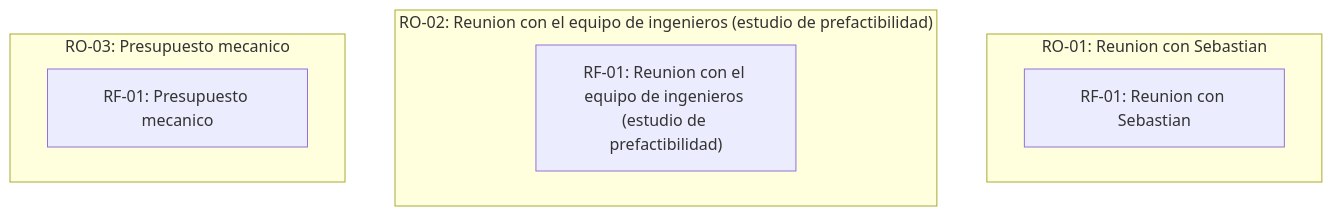
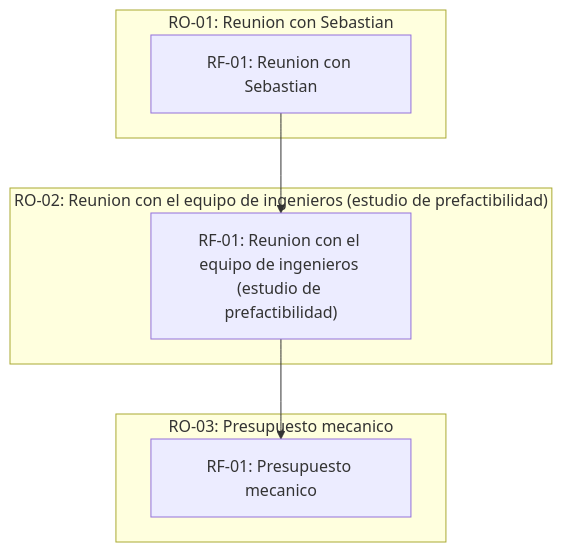
The diagram in scrumDocs/grafo.md (fiemcasals/ProyectoVAD), drawn with Mermaid before and after one commit. The commit also changed other lines of this file, not shown here.

Commit message:
Auto-publish: actualiza scrumDocs/grafo.md

````diff
--- a/scrumDocs/grafo.md
+++ b/scrumDocs/grafo.md
@@ -5,12 +5,14 @@
 ```mermaid
 graph TD
   subgraph US_1789213601492["RO-01: Reunion con Sebastian"]
     REQ_1789213601498["RF-01: Reunion con Sebastian"]
   end
   subgraph US_1789213867397["RO-02: Reunion con el equipo de ingenieros (estudio de prefactibilidad)"]
     REQ_1789213867404["RF-01: Reunion con el equipo de ingenieros (estudio de prefactibilidad)"]
   end
   subgraph US_1789214807204["RO-03: Presupuesto mecanico"]
     REQ_1789214807210["RF-01: Presupuesto mecanico"]
   end
+  REQ_1789213601498 --> REQ_1789213867404
+  REQ_1789213867404 --> REQ_1789214807210
 ```
````
